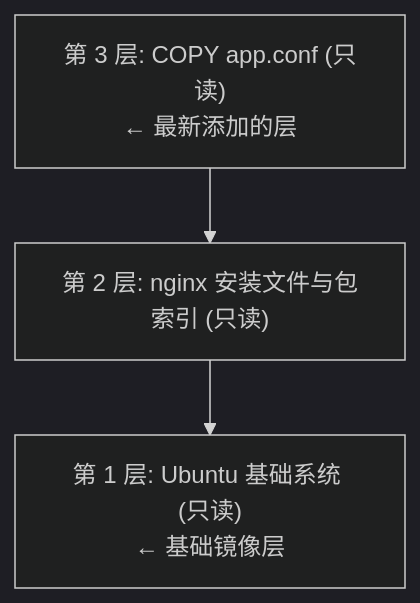
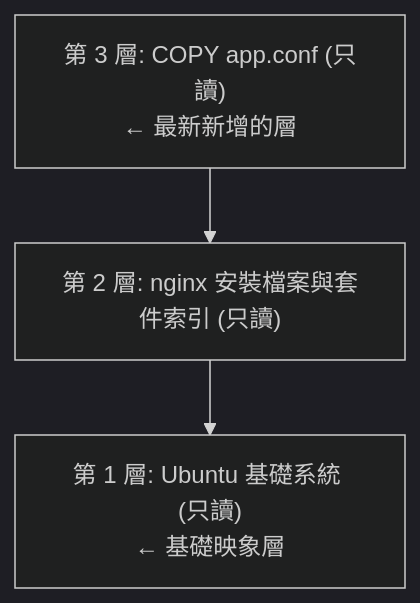
One commit to doggy8088/docker_practice changed the third of 3 diagrams in 02_basic_concept/2.1_image.md. Above: the diagram before and after it, drawn with Mermaid (dark theme). The commit also changed other lines of this file and 211 other files, not shown here.

````diff
--- a/02_basic_concept/2.1_image.md
+++ b/02_basic_concept/2.1_image.md
@@ -99,8 +99,8 @@
 ```mermaid
 flowchart TD
-    Layer3["第 3 层: COPY app.conf (只读)<br/>← 最新添加的层"]
-    Layer2["第 2 层: nginx 安装文件与包索引 (只读)"]
-    Layer1["第 1 层: Ubuntu 基础系统 (只读)<br/>← 基础镜像层"]
+    Layer3["第 3 層: COPY app.conf (只讀)<br/>← 最新新增的層"]
+    Layer2["第 2 層: nginx 安裝檔案與套件索引 (只讀)"]
+    Layer1["第 1 層: Ubuntu 基礎系統 (只讀)<br/>← 基礎映象層"]
 
     Layer3 --> Layer2 --> Layer1
 ```
````
